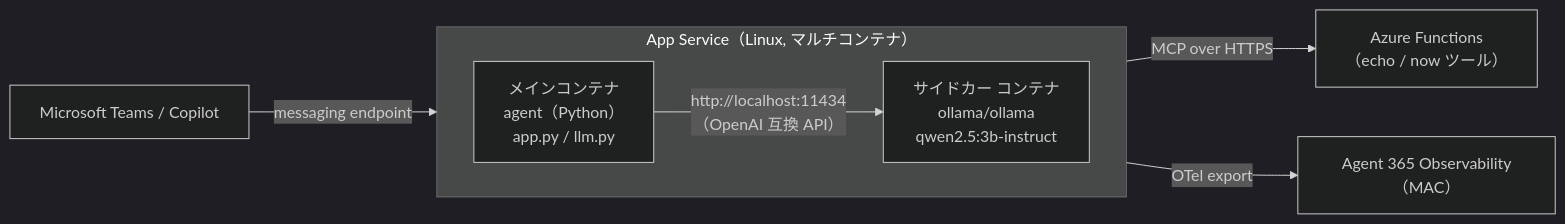
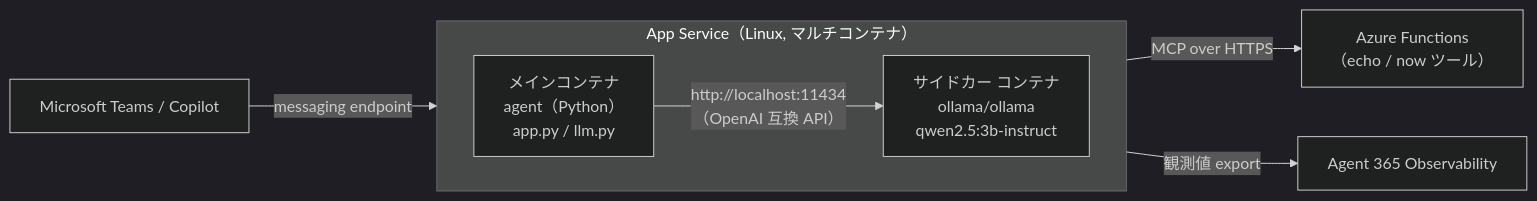
One commit to fatman3110/Agent365-Training changed the diagram in docs/part1b-custom-agent.md. Above: the diagram before and after it, drawn with Mermaid (dark theme). The commit also changed other lines of this file and 1 other file, not shown here.

````diff
--- a/docs/part1b-custom-agent.md
+++ b/docs/part1b-custom-agent.md
@@ -182,14 +182,14 @@
 ```mermaid
 flowchart LR
     Teams["Microsoft Teams / Copilot"] -->|"messaging endpoint"| Agent
 
     subgraph AppSvc["App Service（Linux, マルチコンテナ）"]
         direction LR
         Agent["メインコンテナ\nagent（Python）\napp.py / llm.py"]
         Ollama["サイドカー コンテナ\nollama/ollama\nqwen2.5:3b-instruct"]
         Agent -->|"http://localhost:11434\n（OpenAI 互換 API）"| Ollama
     end
 
     Agent -->|"MCP over HTTPS"| MCP["Azure Functions\n（echo / now ツール）"]
-    Agent -->|"OTel export"| MAC["Agent 365 Observability（MAC）"]
+    Agent -->|"観測値 export"| MAC["Agent 365 Observability"]
 ```
````
